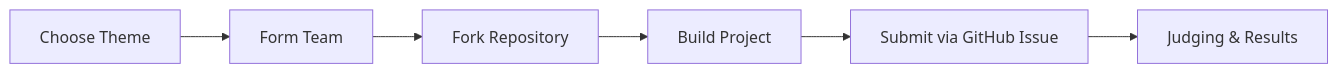
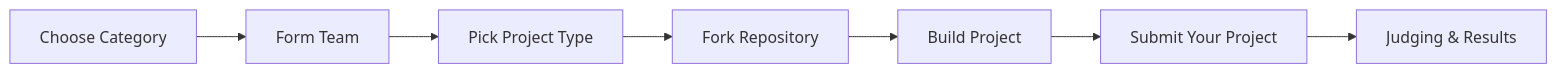
Before and after one commit to Qasim-Soomro/OpenHack-25: the diagram in README.md, drawn with Mermaid. The commit also changed other lines of this file, not shown here.

Commit message:
Update submission process: PR with project folder + form for presentations

````diff
--- a/README.md
+++ b/README.md
@@ -111,8 +117,9 @@
 ```mermaid
 graph LR
-    A[Choose Theme] --> B[Form Team]
-    B --> C[Fork Repository]
-    C --> D[Build Project]
-    D --> E[Submit via GitHub Issue]
-    E --> F[Judging & Results]
+    A[Choose Category] --> B[Form Team]
+    B --> C[Pick Project Type]
+    C --> D[Fork Repository]
+    D --> E[Build Project]
+    E --> F[Submit Your Project]
+    F --> G[Judging & Results]
 ```
````
